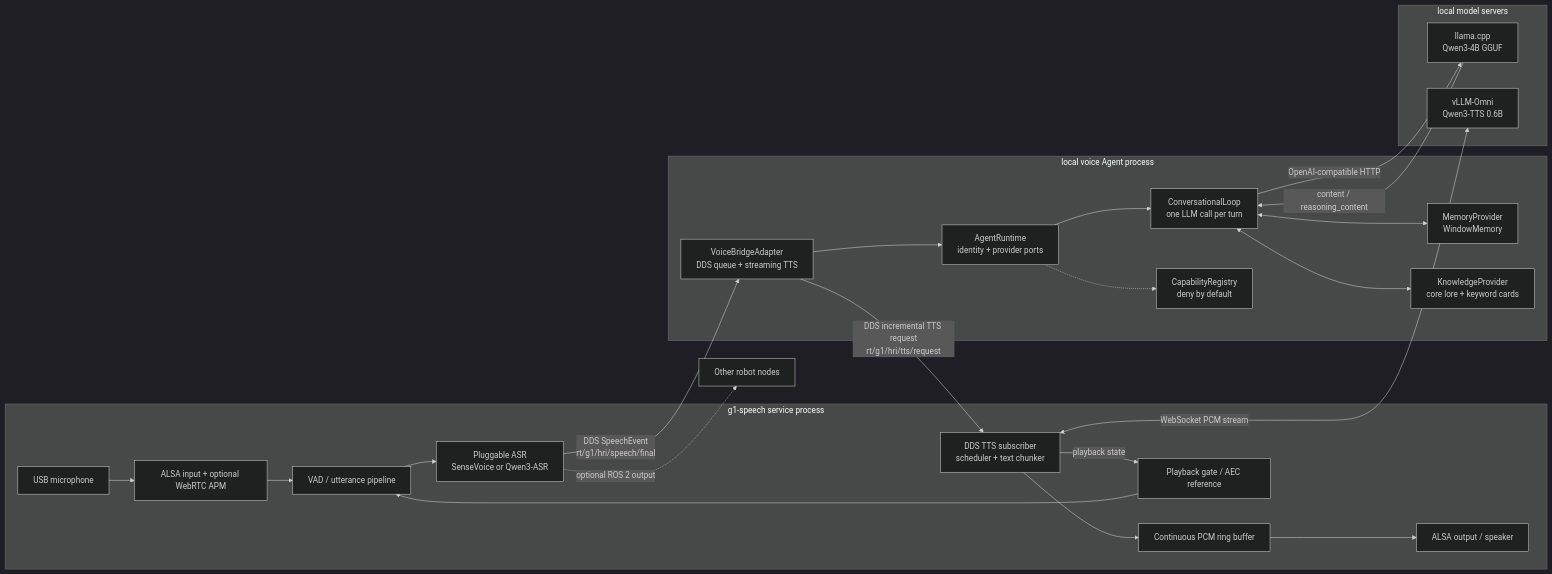
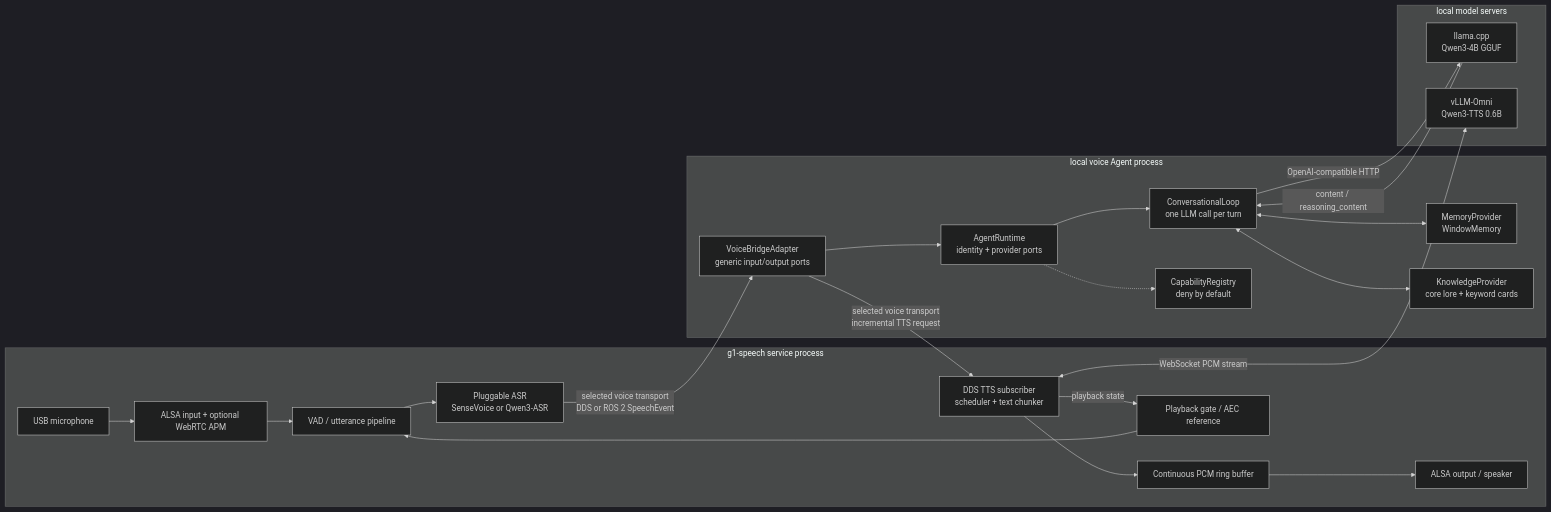
The diagram in docs/local_offline_voice_agent.md (star-nexus/G1-Robot-Agents-Speech), drawn with Mermaid (dark theme) before and after one commit. The commit also changed other lines of this file and 182 other files, not shown here.

````diff
--- a/docs/local_offline_voice_agent.md
+++ b/docs/local_offline_voice_agent.md
@@ -73,34 +94,33 @@
 ```mermaid
 flowchart LR
     subgraph SPEECH["g1-speech service process"]
         MIC["USB microphone"] --> AUDIO["ALSA input + optional WebRTC APM"]
         AUDIO --> VAD["VAD / utterance pipeline"]
         VAD --> ASR["Pluggable ASR<br/>SenseVoice or Qwen3-ASR"]
         TTSCLIENT["DDS TTS subscriber<br/>scheduler + text chunker"] --> RING["Continuous PCM ring buffer"]
         RING --> SPEAKER["ALSA output / speaker"]
         TTSCLIENT -->|"playback state"| GATE["Playback gate / AEC reference"]
         GATE --> VAD
     end
     subgraph AGENT["local voice Agent process"]
-        VOICE["VoiceBridgeAdapter<br/>DDS queue + streaming TTS"]
+        VOICE["VoiceBridgeAdapter<br/>generic input/output ports"]
         RUNTIME["AgentRuntime<br/>identity + provider ports"]
         LOOP["ConversationalLoop<br/>one LLM call per turn"]
         MEMORY["MemoryProvider<br/>WindowMemory"]
         LORE["KnowledgeProvider<br/>core lore + keyword cards"]
         CAPS["CapabilityRegistry<br/>deny by default"]
         VOICE --> RUNTIME --> LOOP
         LOOP <--> MEMORY
         LOOP <--> LORE
         RUNTIME -.-> CAPS
     end
     subgraph MODELS["local model servers"]
         LLM["llama.cpp<br/>Qwen3-4B GGUF"]
         TTS["vLLM-Omni<br/>Qwen3-TTS 0.6B"]
     end
-    ASR -->|"DDS SpeechEvent<br/>rt/g1/hri/speech/final"| VOICE
-    ASR -.->|"optional ROS 2 output"| ROS2["Other robot nodes"]
+    ASR -->|"selected voice transport<br/>DDS or ROS 2 SpeechEvent"| VOICE
     LOOP -->|"OpenAI-compatible HTTP"| LLM
     LLM -->|"content / reasoning_content"| LOOP
-    VOICE -->|"DDS incremental TTS request<br/>rt/g1/hri/tts/request"| TTSCLIENT
+    VOICE -->|"selected voice transport<br/>incremental TTS request"| TTSCLIENT
     TTSCLIENT <-->|"WebSocket PCM stream"| TTS
 ```
````
